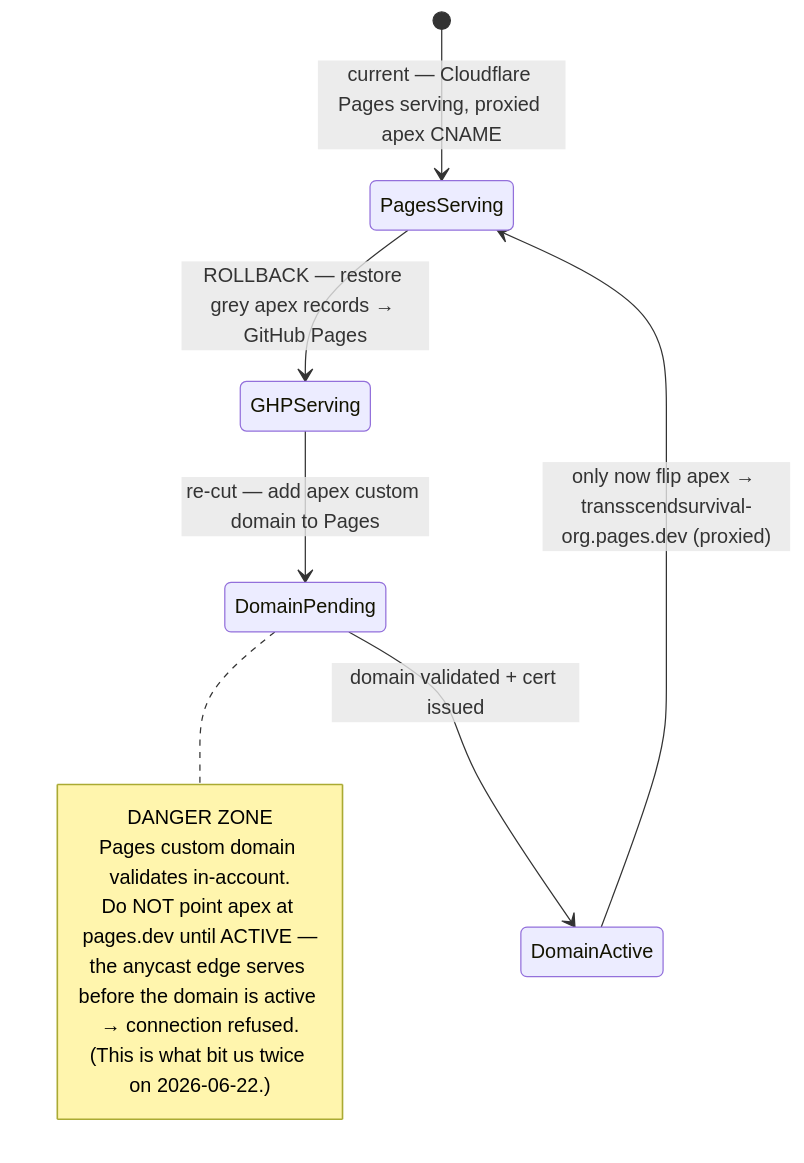
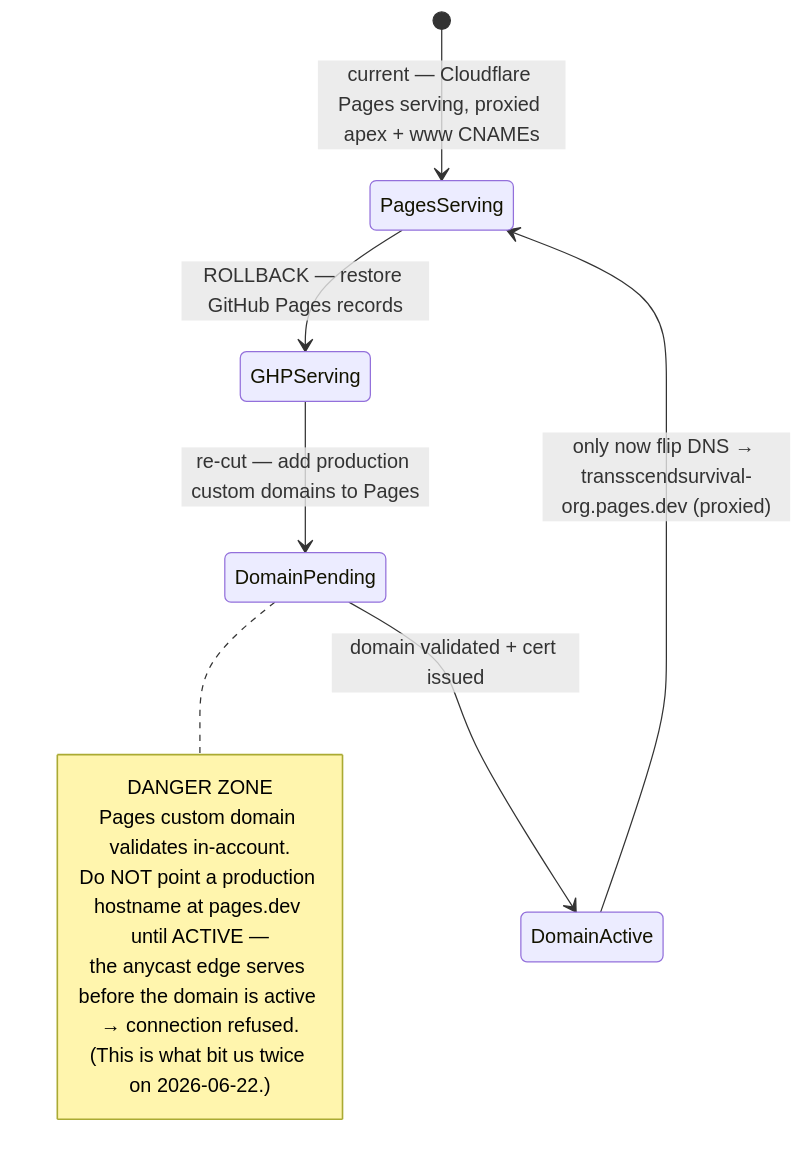
One commit to Jesssullivan/jesssullivan.github.io changed the fourth of 5 diagrams in docs/dns-architecture.md. Above: the diagram before and after it, drawn with Mermaid. The commit also changed other lines of this file and 8 other files, not shown here.

Commit message:
fix(dns): serve www from Cloudflare Pages

````diff
--- a/docs/dns-architecture.md
+++ b/docs/dns-architecture.md
@@ -181,15 +173,15 @@
 ```mermaid
 stateDiagram-v2
-    [*] --> PagesServing: current — Cloudflare Pages serving, proxied apex CNAME
-    PagesServing --> GHPServing: ROLLBACK — restore grey apex records → GitHub Pages
-    GHPServing --> DomainPending: re-cut — add apex custom domain to Pages
+    [*] --> PagesServing: current — Cloudflare Pages serving, proxied apex + www CNAMEs
+    PagesServing --> GHPServing: ROLLBACK — restore GitHub Pages records
+    GHPServing --> DomainPending: re-cut — add production custom domains to Pages
     note right of DomainPending
         DANGER ZONE
         Pages custom domain validates in-account.
-        Do NOT point apex at pages.dev until ACTIVE —
+        Do NOT point a production hostname at pages.dev until ACTIVE —
         the anycast edge serves before the domain is active → connection refused.
         (This is what bit us twice on 2026-06-22.)
     end note
     DomainPending --> DomainActive: domain validated + cert issued
-    DomainActive --> PagesServing: only now flip apex → transscendsurvival-org.pages.dev (proxied)
+    DomainActive --> PagesServing: only now flip DNS → transscendsurvival-org.pages.dev (proxied)
 ```
````
